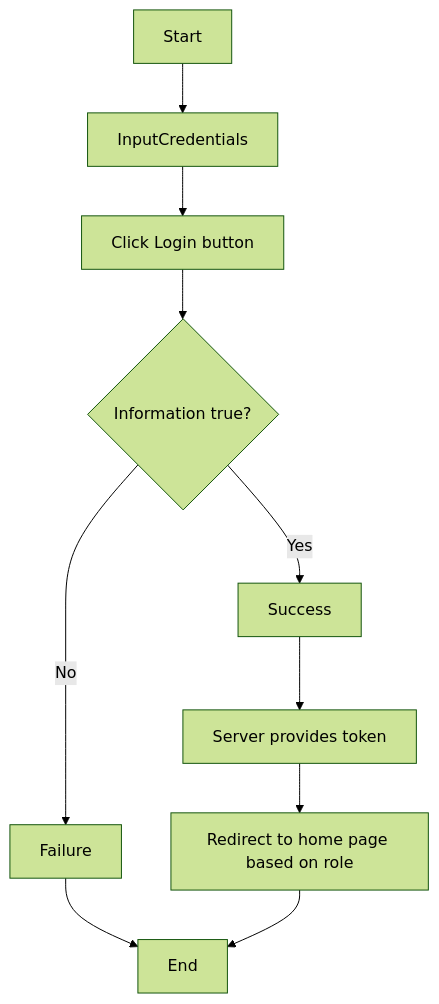
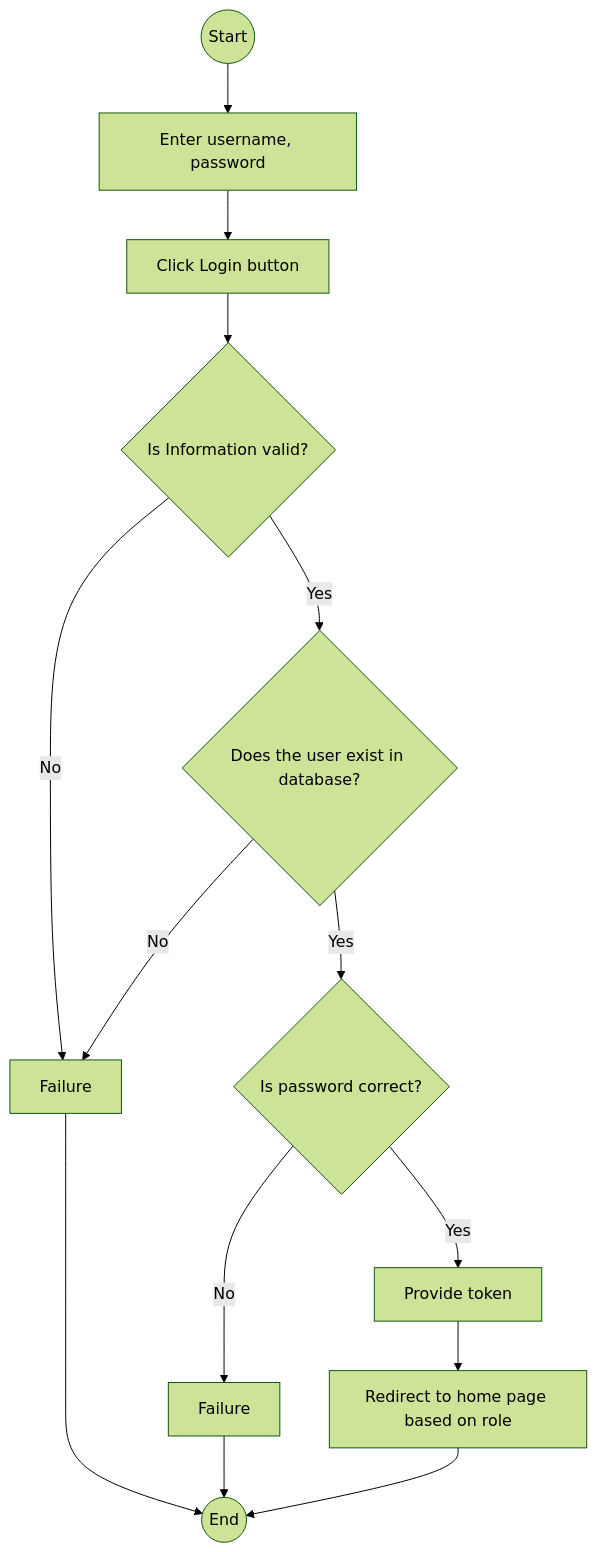
The diagram in docs/Week1/loginFlow.MD (Huyitit/intern-project), drawn with Mermaid (forest theme) before and after one commit. The commit also changed other lines of this file, not shown here.

Commit message:
Revise user login flow diagram for clarity

````diff
--- a/docs/Week1/loginFlow.MD
+++ b/docs/Week1/loginFlow.MD
@@ -18,12 +4,16 @@
 ```mermaid
 flowchart TD
-    A[Start] --> B[InputCredentials]
+    A@{shape: circle, label: "Start"} --> B[Enter username, password]
     B --> B1[Click Login button]
-    B1 --> C{Information true?}
-    C -->|Yes| D[Success]
+    B1 --> C{Is Information valid?}
+    C -->|Yes| D{Does the user exist in database?}
     C -->|No| E[Failure]
-    D --> G[Server provides token]
-    G --> H[Redirect to home page based on role]
-    E --> F[End]
-    H --> F[End]
+    D -->|Yes| F1{Is password correct?}
+    D -->|No| E[Failure]
+    E --> G@{shape: circle, label: "End"}
+    F1 -->|Yes| H[Provide token]
+    F1 -->|No| I[Failure]
+    H --> J[Redirect to home page based on role]
+    I --> G
+    J --> G
 ```
````
